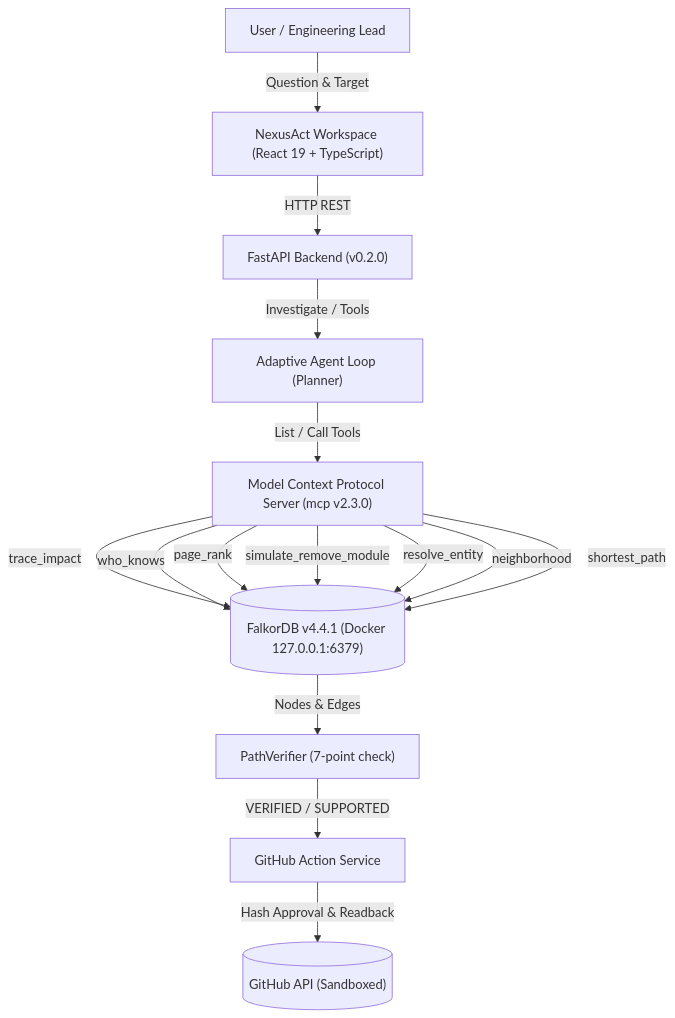
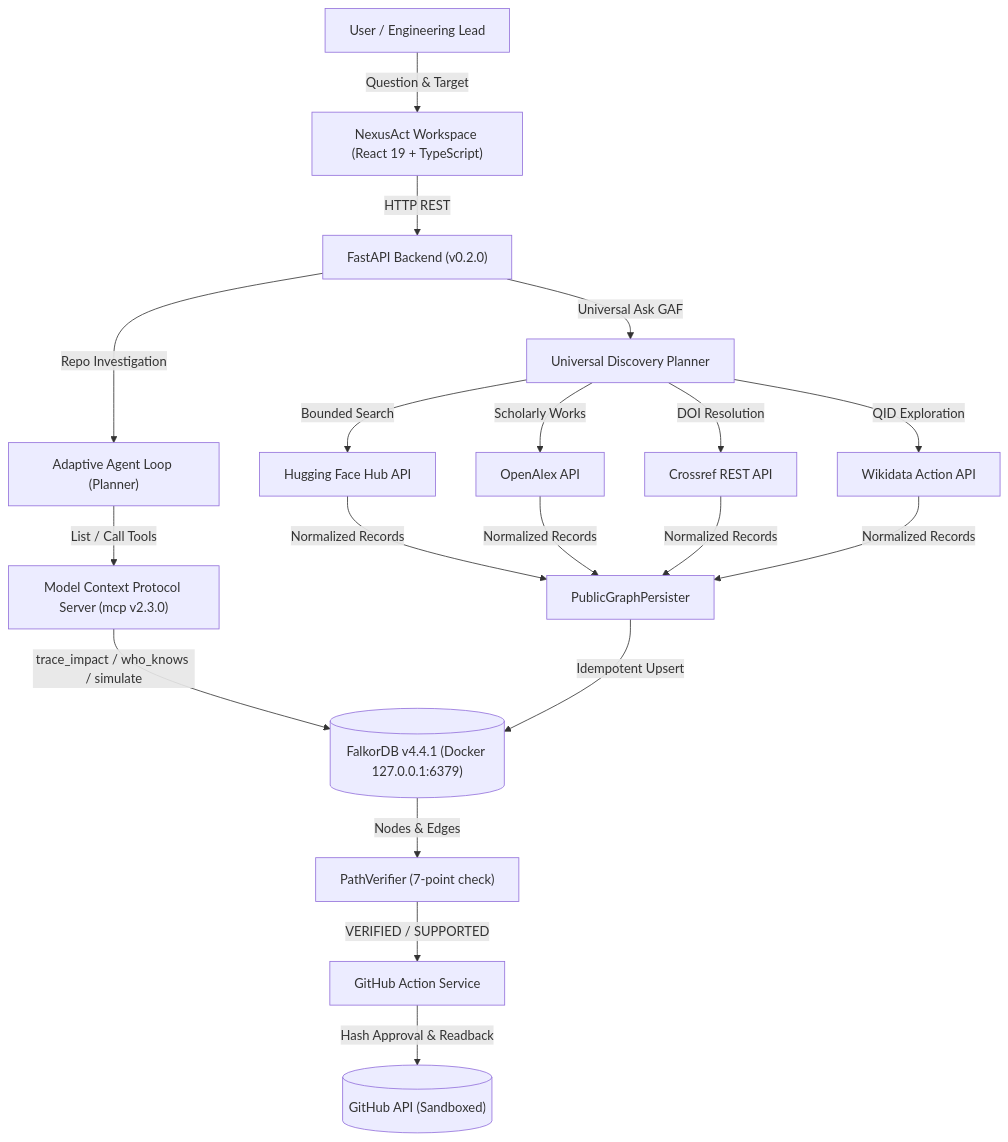
The diagram in README.md (VishwanathArchakMR/NexusAct), drawn with Mermaid before and after one commit. The commit also changed other lines of this file and 22 other files, not shown here.

Commit message:
feat: complete Phase 7 universal GAF discovery, runtime recovery, and verified CI

````diff
--- a/README.md
+++ b/README.md
@@ -43,19 +30,22 @@
 ```mermaid
 graph TD
     User["User / Engineering Lead"] -->|Question & Target| Workspace["NexusAct Workspace (React 19 + TypeScript)"]
     Workspace -->|HTTP REST| API["FastAPI Backend (v0.2.0)"]
-    API -->|Investigate / Tools| Agent["Adaptive Agent Loop (Planner)"]
+    API -->|Repo Investigation| Agent["Adaptive Agent Loop (Planner)"]
+    API -->|Universal Ask GAF| Discovery["Universal Discovery Planner"]
+    
     Agent -->|List / Call Tools| MCP["Model Context Protocol Server (mcp v2.3.0)"]
+    MCP -->|trace_impact / who_knows / simulate| FalkorDB[("FalkorDB v4.4.1 (Docker 127.0.0.1:6379)")]
     
-    MCP -->|trace_impact| FalkorDB[("FalkorDB v4.4.1 (Docker 127.0.0.1:6379)")]
-    MCP -->|who_knows| FalkorDB
-    MCP -->|page_rank| FalkorDB
-    MCP -->|simulate_remove_module| FalkorDB
-    MCP -->|resolve_entity| FalkorDB
-    MCP -->|neighborhood| FalkorDB
-    MCP -->|shortest_path| FalkorDB
+    Discovery -->|Bounded Search| HF["Hugging Face Hub API"]
+    Discovery -->|Scholarly Works| OA["OpenAlex API"]
+    Discovery -->|DOI Resolution| CR["Crossref REST API"]
+    Discovery -->|QID Exploration| WD["Wikidata Action API"]
+    
+    HF & OA & CR & WD -->|Normalized Records| Persister["PublicGraphPersister"]
+    Persister -->|Idempotent Upsert| FalkorDB
     
     FalkorDB -->|Nodes & Edges| Verifier["PathVerifier (7-point check)"]
     Verifier -->|VERIFIED / SUPPORTED| Action["GitHub Action Service"]
     Action -->|Hash Approval & Readback| GitHub[("GitHub API (Sandboxed)")]
 ```
````
